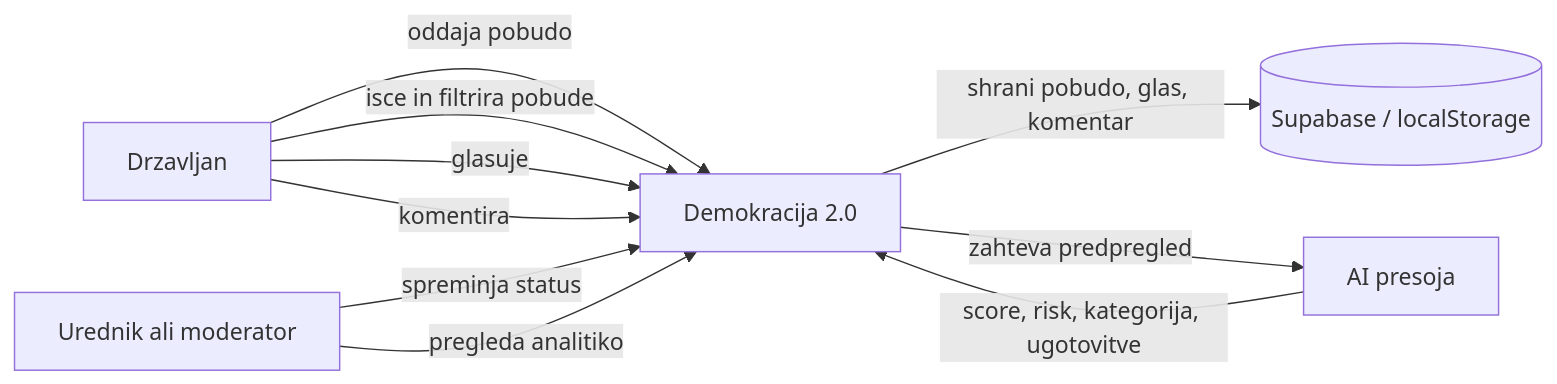
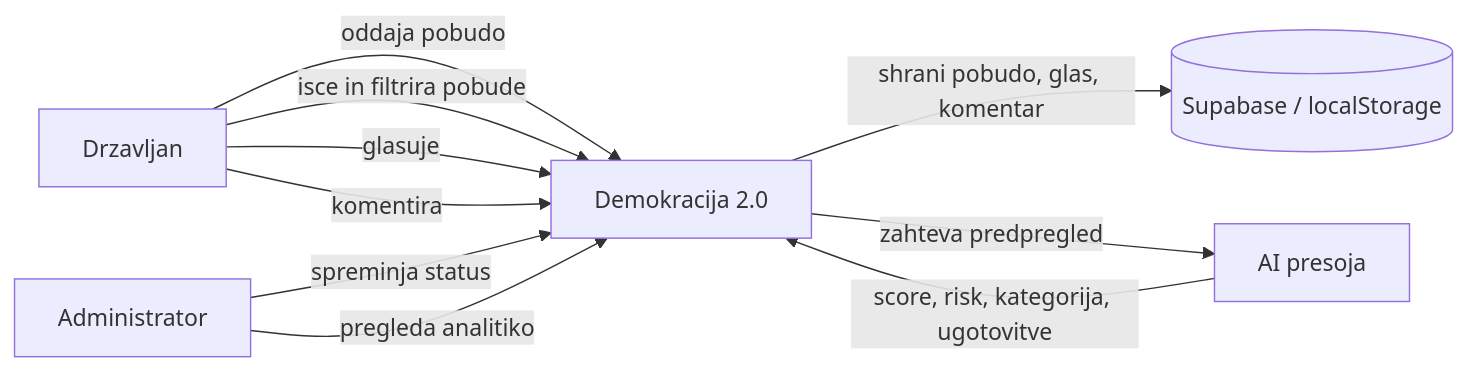
Before and after one commit to grisini/Demos: the first of 6 diagrams in docs/diagrams.md, drawn with Mermaid. The commit also changed 28 other files, not shown here.

````diff
--- a/docs/diagrams.md
+++ b/docs/diagrams.md
@@ -7,18 +7,18 @@
 ```mermaid
 flowchart LR
   Citizen[Drzavljan]
-  Moderator[Urednik ali moderator]
+  Admin[Administrator]
   AI[AI presoja]
   Platform[Demokracija 2.0]
   Database[(Supabase / localStorage)]
 
   Citizen -->|oddaja pobudo| Platform
   Citizen -->|isce in filtrira pobude| Platform
   Citizen -->|glasuje| Platform
   Citizen -->|komentira| Platform
   Platform -->|shrani pobudo, glas, komentar| Database
   Platform -->|zahteva predpregled| AI
   AI -->|score, risk, kategorija, ugotovitve| Platform
-  Moderator -->|spreminja status| Platform
-  Moderator -->|pregleda analitiko| Platform
+  Admin -->|spreminja status| Platform
+  Admin -->|pregleda analitiko| Platform
 ```
````
